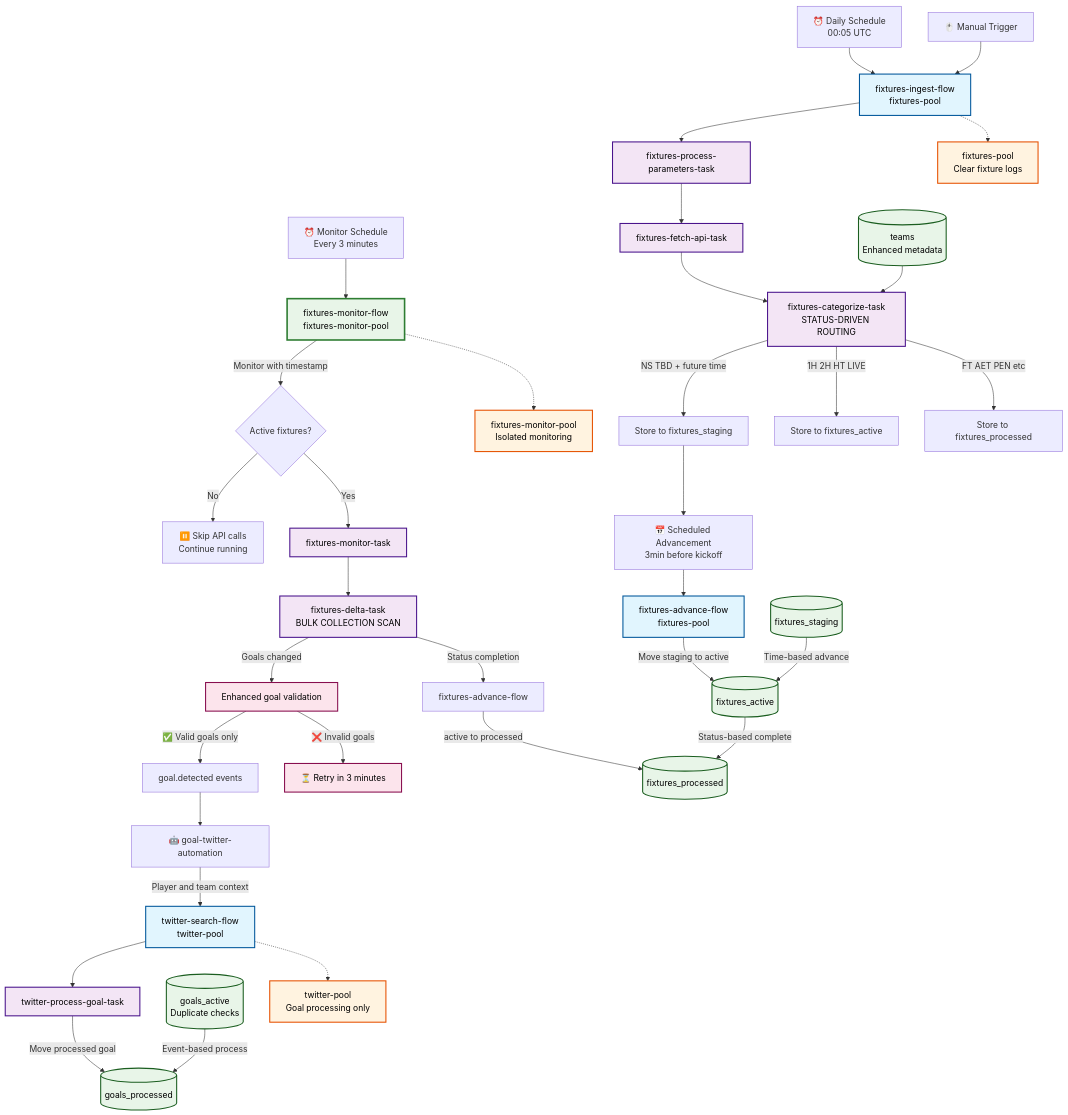
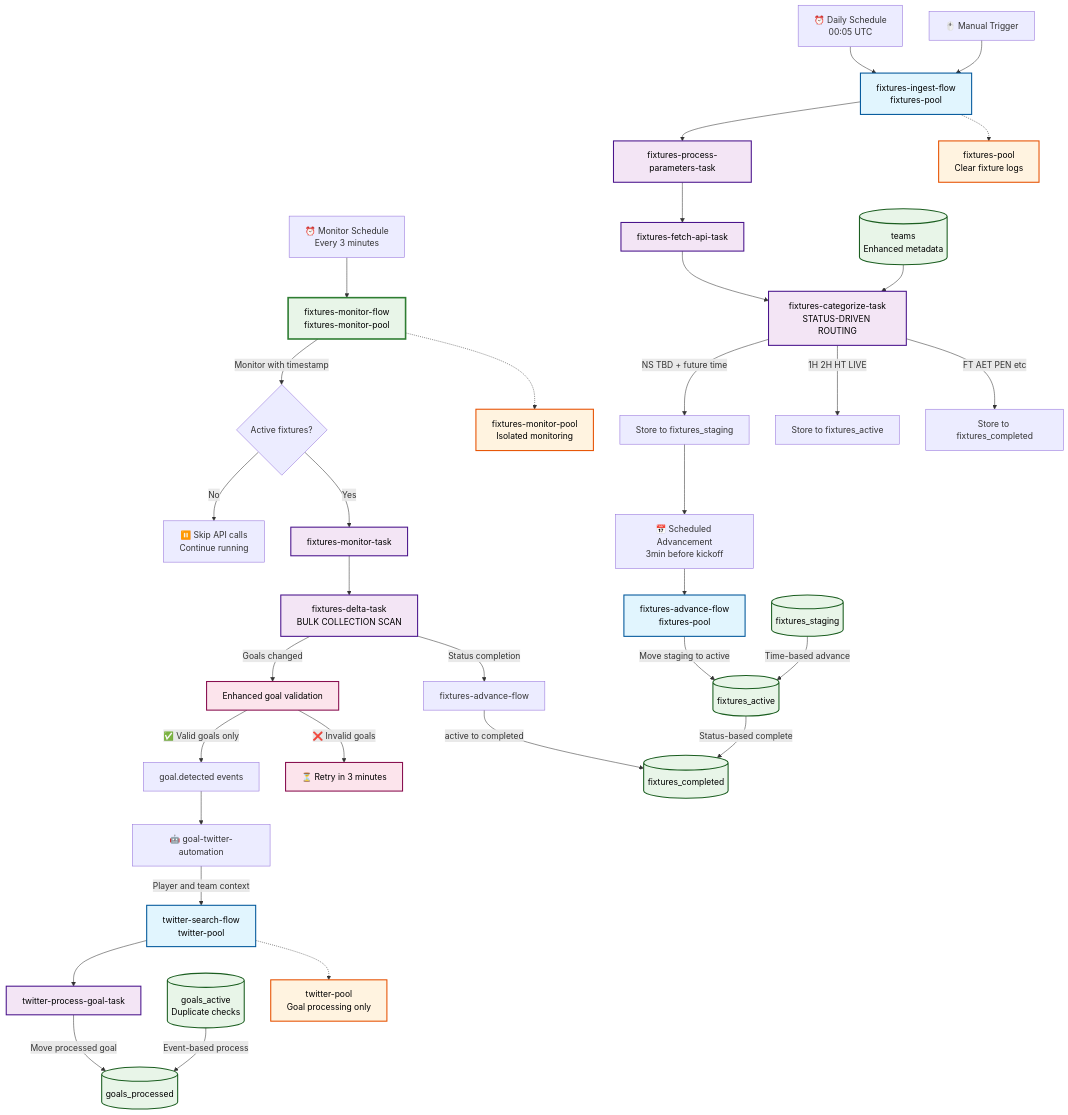
One commit to vedantadhobley/found-footy changed the first of 2 diagrams in README.md. Above: the diagram before and after it, drawn with Mermaid. The commit also changed other lines of this file and 5 other files, not shown here.

Commit message:
Updated collection "fixtures_processed" to "fixtures_completed" in order to better represent our flow.

````diff
--- a/README.md
+++ b/README.md
@@ -17,62 +17,62 @@
 ```mermaid
 graph TB
     %% External Triggers
     Daily[⏰ Daily Schedule<br/>00:05 UTC] --> FIF[fixtures-ingest-flow<br/>fixtures-pool]
     Monitor[⏰ Monitor Schedule<br/>Every 3 minutes] --> FMF[fixtures-monitor-flow<br/>fixtures-monitor-pool]
     Manual[🖱️ Manual Trigger] --> FIF
     
     %% Ingest Flow - Status-Based Routing
     FIF --> FPP[fixtures-process-parameters-task]
     FPP --> FFA[fixtures-fetch-api-task]
     FFA --> FCT[fixtures-categorize-task<br/>STATUS-DRIVEN ROUTING]
     FCT --> |NS TBD + future time| STAGING[Store to fixtures_staging]
     FCT --> |1H 2H HT LIVE| ACTIVE[Store to fixtures_active]
-    FCT --> |FT AET PEN etc| COMPLETED[Store to fixtures_processed]
+    FCT --> |FT AET PEN etc| COMPLETED[Store to fixtures_completed]
     STAGING --> SCHED[📅 Scheduled Advancement<br/>3min before kickoff]
     
     %% Universal Advance Flow
     SCHED --> FAF[fixtures-advance-flow<br/>fixtures-pool]
     FAF --> |Move staging to active| FA[(fixtures_active)]
     
     %% Dedicated Monitor Flow
     FMF --> |Monitor with timestamp| CHECK{Active fixtures?}
     CHECK -->|No| SKIP[⏸️ Skip API calls<br/>Continue running]
     CHECK -->|Yes| FMT[fixtures-monitor-task]
     FMT --> FDT[fixtures-delta-task<br/>BULK COLLECTION SCAN]
     FDT --> |Goals changed| HANDLE[Enhanced goal validation]
     FDT --> |Status completion| COMPLETE[fixtures-advance-flow]
     HANDLE --> |✅ Valid goals only| GTE[goal.detected events]
     HANDLE --> |❌ Invalid goals| RETRY[⏳ Retry in 3 minutes]
-    COMPLETE --> |active to processed| FP[(fixtures_processed)]
+    COMPLETE --> |active to completed| FP[(fixtures_completed)]
     
     %% Event-Driven Goal Processing
     GTE --> AUT[🤖 goal-twitter-automation]
     AUT --> |Player and team context| TSF[twitter-search-flow<br/>twitter-pool]
     TSF --> TPT[twitter-process-goal-task]
     TPT --> |Move processed goal| GP[(goals_processed)]
     
     %% Data Collections with Duplicate Prevention
     FS[(fixtures_staging)] --> |Time-based advance| FA
     FA --> |Status-based complete| FP
     GA[(goals_active<br/>Duplicate checks)] --> |Event-based process| GP
     TS[(teams<br/>Enhanced metadata)] --> FCT
     
     %% Worker Pool Isolation
     FIF -.-> POOL1[fixtures-pool<br/>Clear fixture logs]
     FMF -.-> POOL2[fixtures-monitor-pool<br/>Isolated monitoring]
     TSF -.-> POOL3[twitter-pool<br/>Goal processing only]
     
     classDef flow fill:#e1f5fe,stroke:#01579b,stroke-width:2px,color:#000
     classDef monitor fill:#e8f5e8,stroke:#2e7d32,stroke-width:3px,color:#000
     classDef task fill:#f3e5f5,stroke:#4a148c,stroke-width:2px,color:#000
     classDef collection fill:#e8f5e8,stroke:#1b5e20,stroke-width:2px,color:#000
     classDef pool fill:#fff3e0,stroke:#e65100,stroke-width:2px,color:#000
     classDef validation fill:#fce4ec,stroke:#880e4f,stroke-width:2px,color:#000
     
     class FIF,FAF,TSF flow
     class FMF monitor
     class FPP,FFA,FCT,FMT,FDT,TPT task
     class FS,FA,FP,GA,GP,TS collection
     class POOL1,POOL2,POOL3 pool
     class HANDLE,RETRY validation
 ```
````
